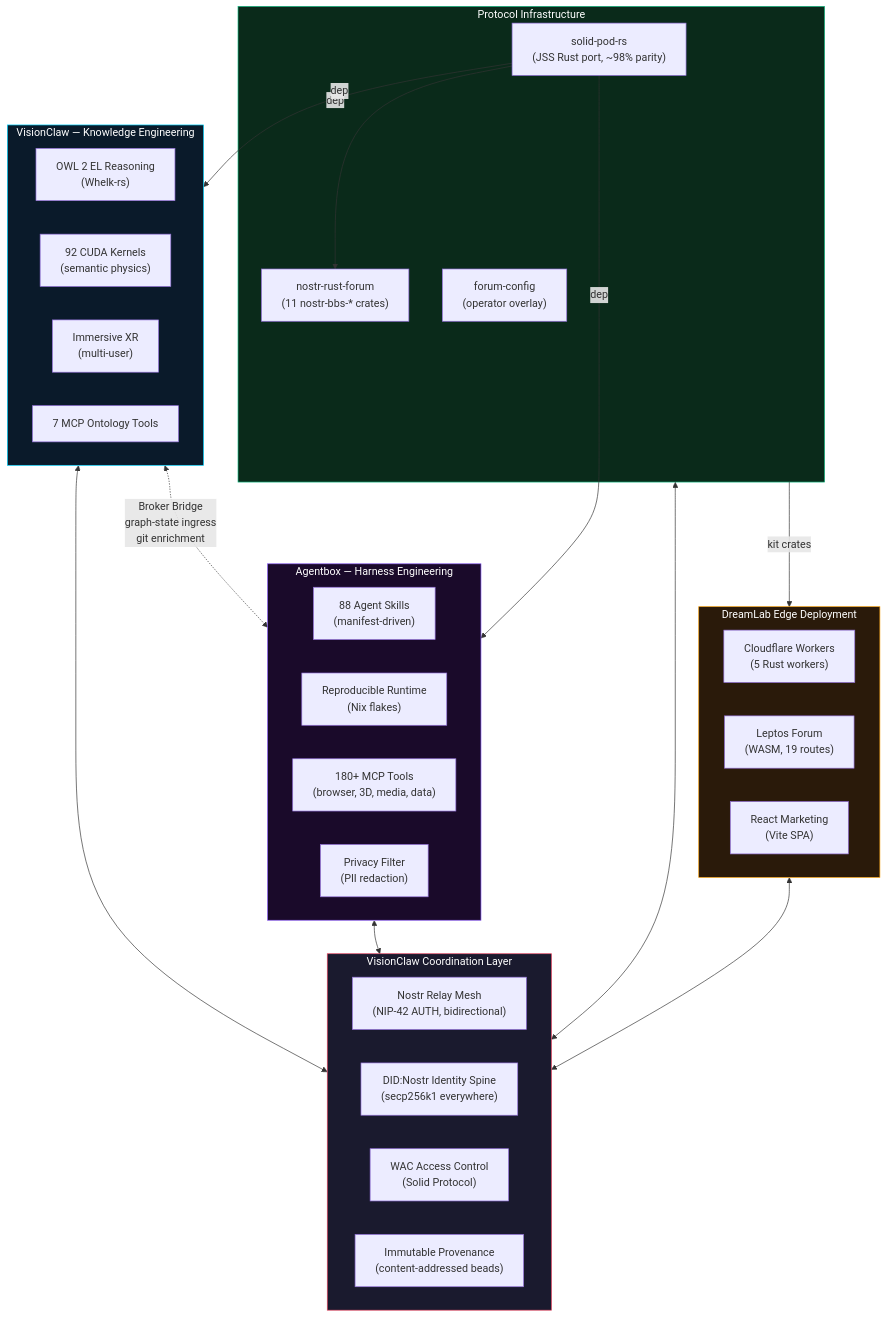
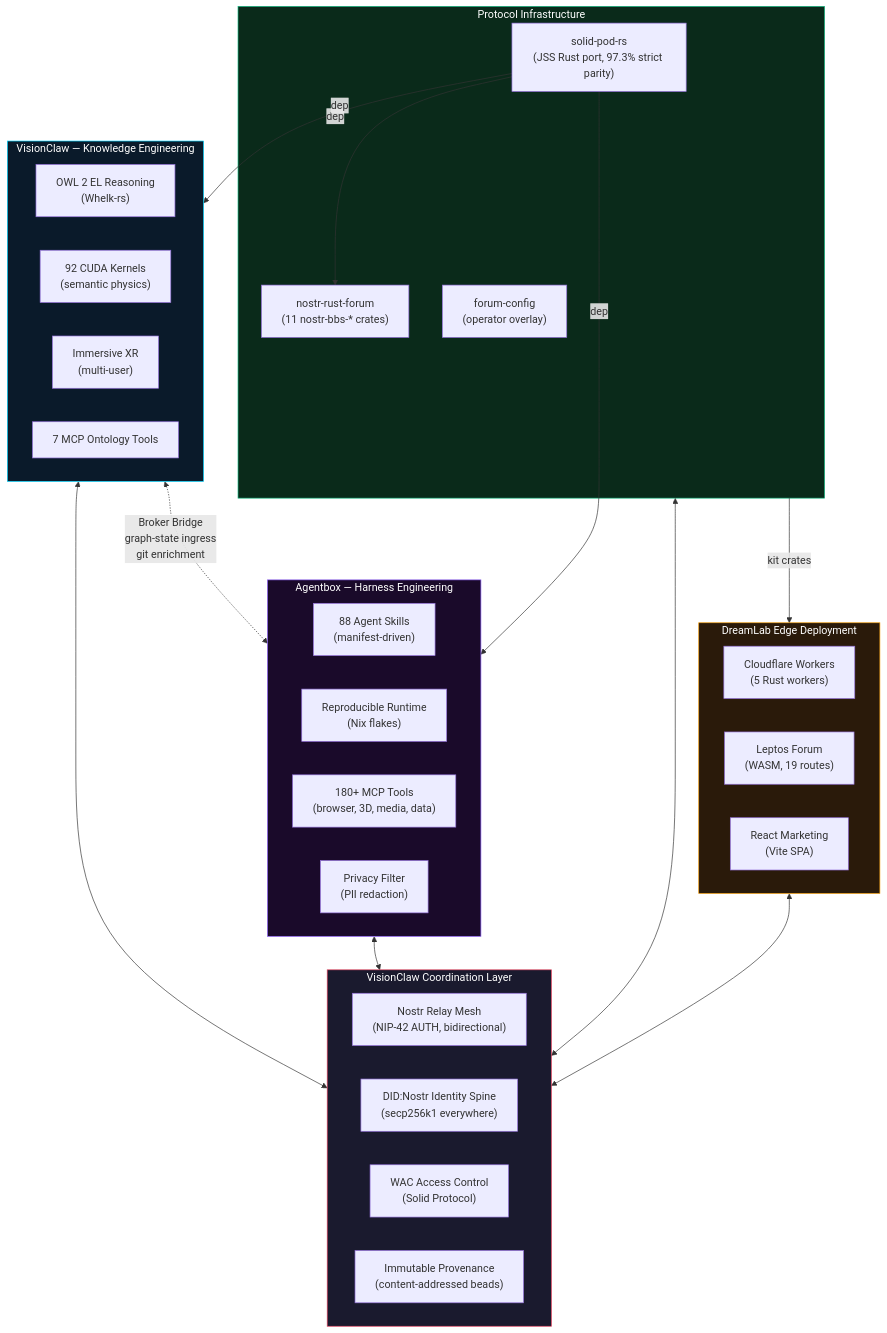
One commit to DreamLab-AI/VisionClaw changed the first of 3 diagrams in docs/explanation/visionflow-coordination-platform.md. Above: the diagram before and after it, drawn with Mermaid. The commit also changed other lines of this file and 1 other file, not shown here.

Commit message:
docs: state solid-pod-rs parity as 97.3% strict over 244 rows
Replaces the unsourced "~98%" in the two VisionFlow explanation docs with
the figure from solid-pod-rs PARITY-CHECKLIST.md (VisionFlow ADR-2018).

````diff
--- a/docs/explanation/visionflow-coordination-platform.md
+++ b/docs/explanation/visionflow-coordination-platform.md
@@ -20,53 +20,53 @@
 ```mermaid
 flowchart TB
     subgraph VF["VisionClaw Coordination Layer"]
         direction LR
         MESH["Nostr Relay Mesh\n(NIP-42 AUTH, bidirectional)"]
         DID["DID:Nostr Identity Spine\n(secp256k1 everywhere)"]
         WAC["WAC Access Control\n(Solid Protocol)"]
         PROV["Immutable Provenance\n(content-addressed beads)"]
     end
 
     subgraph VC["VisionClaw — Knowledge Engineering"]
         OWL["OWL 2 EL Reasoning\n(Whelk-rs)"]
         GPU["92 CUDA Kernels\n(semantic physics)"]
         XR["Immersive XR\n(multi-user)"]
         MCP_VC["7 MCP Ontology Tools"]
     end
 
     subgraph AB["Agentbox — Harness Engineering"]
         AGENTS["88 Agent Skills\n(manifest-driven)"]
         NIX["Reproducible Runtime\n(Nix flakes)"]
         TOOLS["180+ MCP Tools\n(browser, 3D, media, data)"]
         PRIV["Privacy Filter\n(PII redaction)"]
     end
 
     subgraph PROTO["Protocol Infrastructure"]
-        SPR["solid-pod-rs\n(JSS Rust port, ~98% parity)"]
+        SPR["solid-pod-rs\n(JSS Rust port, 97.3% strict parity)"]
         NRF["nostr-rust-forum\n(11 nostr-bbs-* crates)"]
         FC["forum-config\n(operator overlay)"]
     end
 
     subgraph EDGE["DreamLab Edge Deployment"]
         CF["Cloudflare Workers\n(5 Rust workers)"]
         FORUM["Leptos Forum\n(WASM, 19 routes)"]
         SITE["React Marketing\n(Vite SPA)"]
     end
 
     VC <--> VF
     AB <--> VF
     PROTO <--> VF
     EDGE <--> VF
 
     VC <-.->|"Broker Bridge\ngraph-state ingress\ngit enrichment"| AB
     PROTO -->|"kit crates"| EDGE
     SPR -->|"dep"| NRF
     SPR -->|"dep"| AB
     SPR -->|"dep"| VC
 
     style VF fill:#1a1a2e,stroke:#e94560,color:#fff
     style VC fill:#0a1a2a,stroke:#00d4ff,color:#fff
     style AB fill:#1a0a2a,stroke:#8b5cf6,color:#fff
     style PROTO fill:#0a2a1a,stroke:#10b981,color:#fff
     style EDGE fill:#2a1a0a,stroke:#f59e0b,color:#fff
 ```
````
